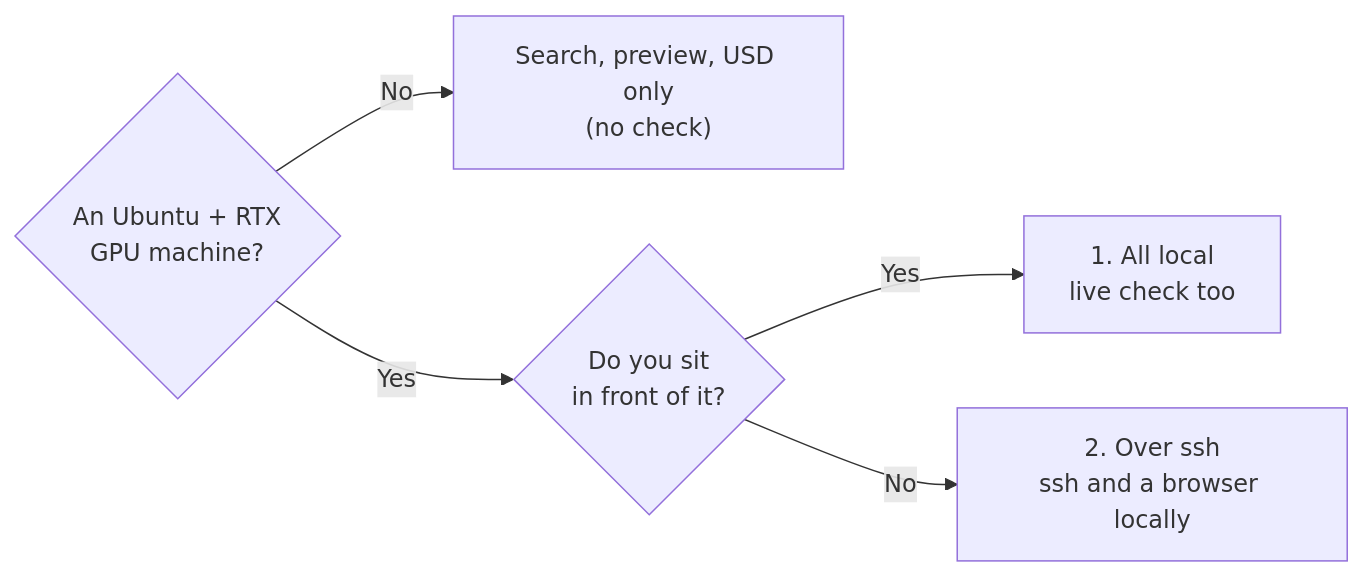
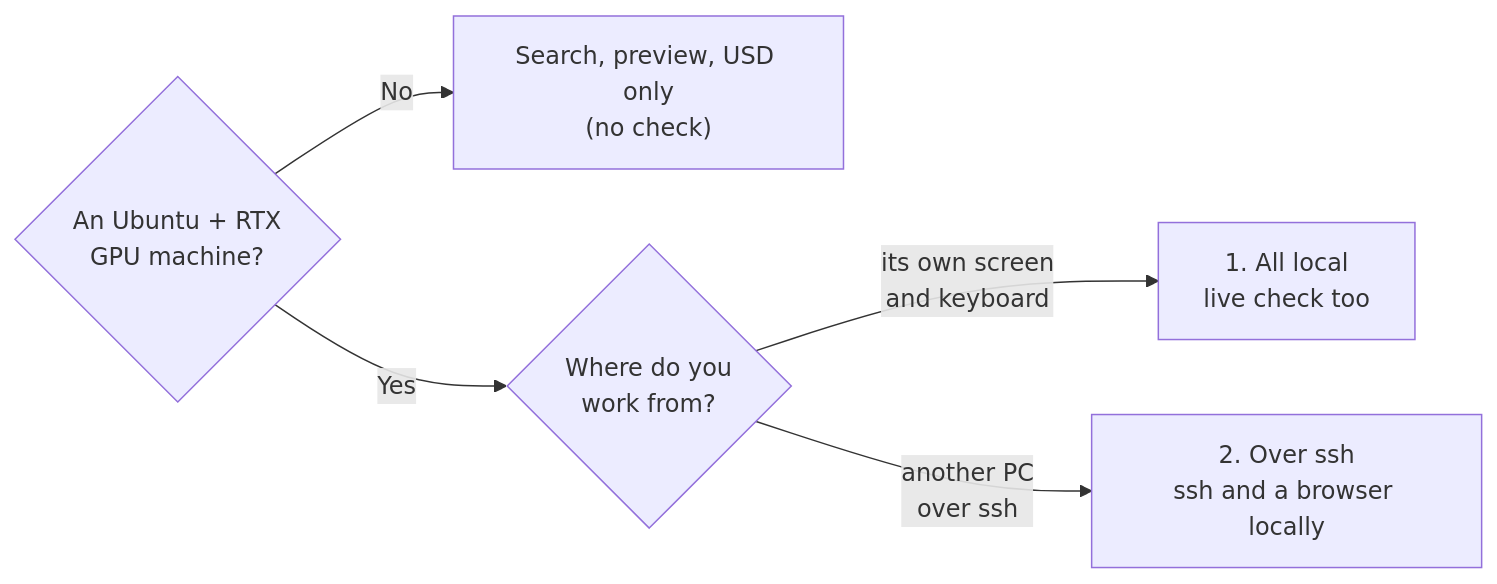
Before and after one commit to atinfinity/agentic-sim-world-gen: the first of 3 diagrams in docs/en/getting-started.md, drawn with Mermaid. The commit also changed other lines of this file and 1 other file, not shown here.

Commit message:
Getting Started: ask where you work from, not whether you sit in front of the GPU machine

````diff
--- a/docs/en/getting-started.md
+++ b/docs/en/getting-started.md
@@ -9,7 +9,7 @@
 ```mermaid
 flowchart LR
   q1{"An Ubuntu + RTX<br/>GPU machine?"} -- "No" --> nogpu["Search, preview, USD only<br/>(no check)"]
-  q1 -- "Yes" --> q2{"Do you sit<br/>in front of it?"}
-  q2 -- "Yes" --> local["1. All local<br/>live check too"]
-  q2 -- "No" --> ssh["2. Over ssh<br/>ssh and a browser locally"]
+  q1 -- "Yes" --> q2{"Where do you<br/>work from?"}
+  q2 -- "its own screen<br/>and keyboard" --> local["1. All local<br/>live check too"]
+  q2 -- "another PC<br/>over ssh" --> ssh["2. Over ssh<br/>ssh and a browser locally"]
 ```
````
